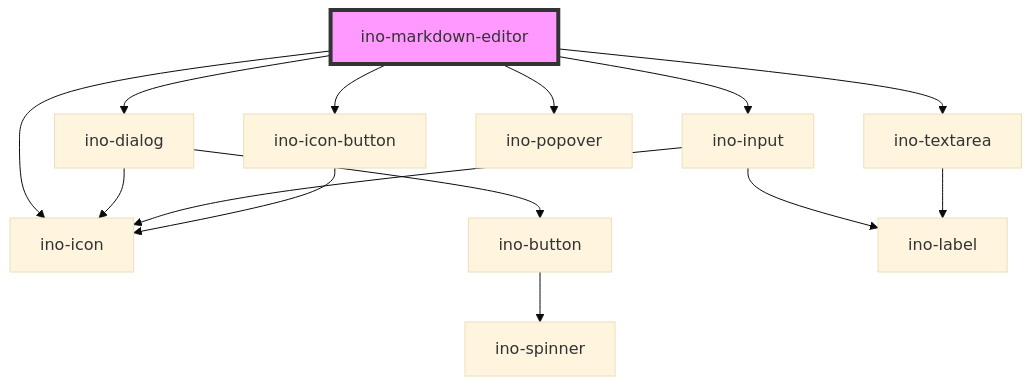
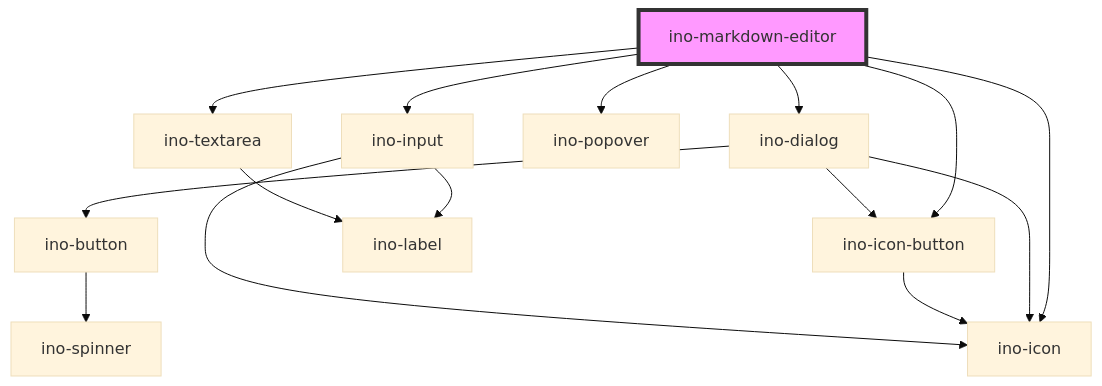
One commit to inovex/elements changed the diagram in packages/elements/src/components/ino-markdown-editor/readme.md. Above: the diagram before and after it, drawn with Mermaid (base theme). The commit also changed 7 other files, not shown here.

Commit message:
feat(elements|ino-dialog) added story + replaced ino-icon with ino-icon-button

````diff
--- a/packages/elements/src/components/ino-markdown-editor/readme.md
+++ b/packages/elements/src/components/ino-markdown-editor/readme.md
@@ -65,17 +65,18 @@
 ```mermaid
 graph TD;
   ino-markdown-editor --> ino-dialog
   ino-markdown-editor --> ino-input
   ino-markdown-editor --> ino-icon-button
   ino-markdown-editor --> ino-icon
   ino-markdown-editor --> ino-popover
   ino-markdown-editor --> ino-textarea
+  ino-dialog --> ino-icon-button
   ino-dialog --> ino-icon
   ino-dialog --> ino-button
+  ino-icon-button --> ino-icon
   ino-button --> ino-spinner
   ino-input --> ino-label
   ino-input --> ino-icon
-  ino-icon-button --> ino-icon
   ino-textarea --> ino-label
   style ino-markdown-editor fill:#f9f,stroke:#333,stroke-width:4px
 ```
````
